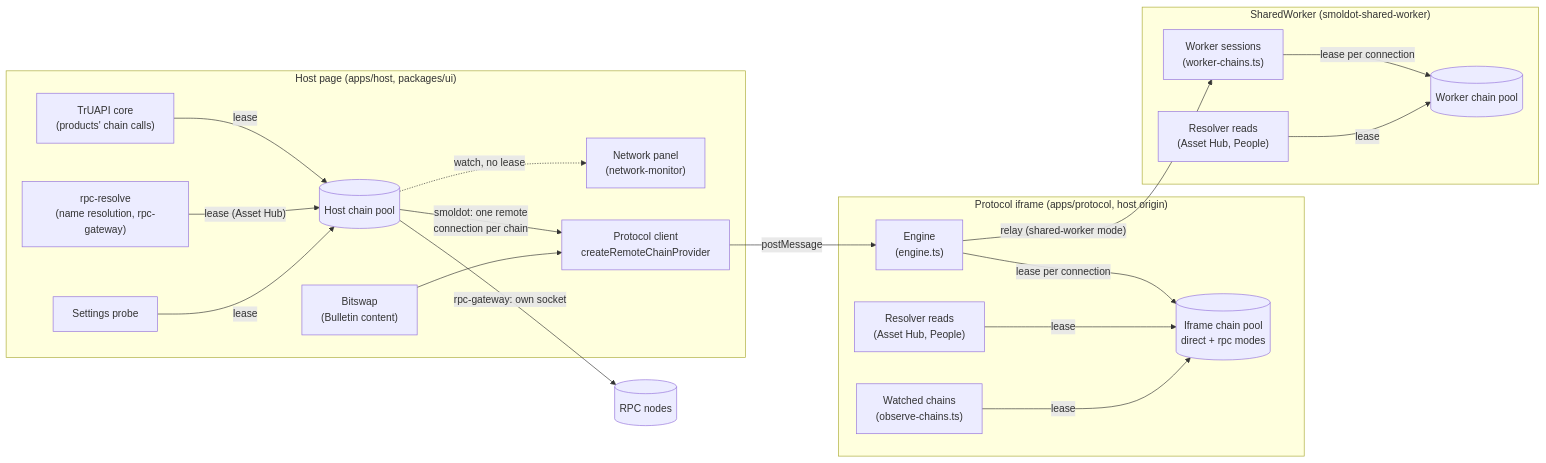
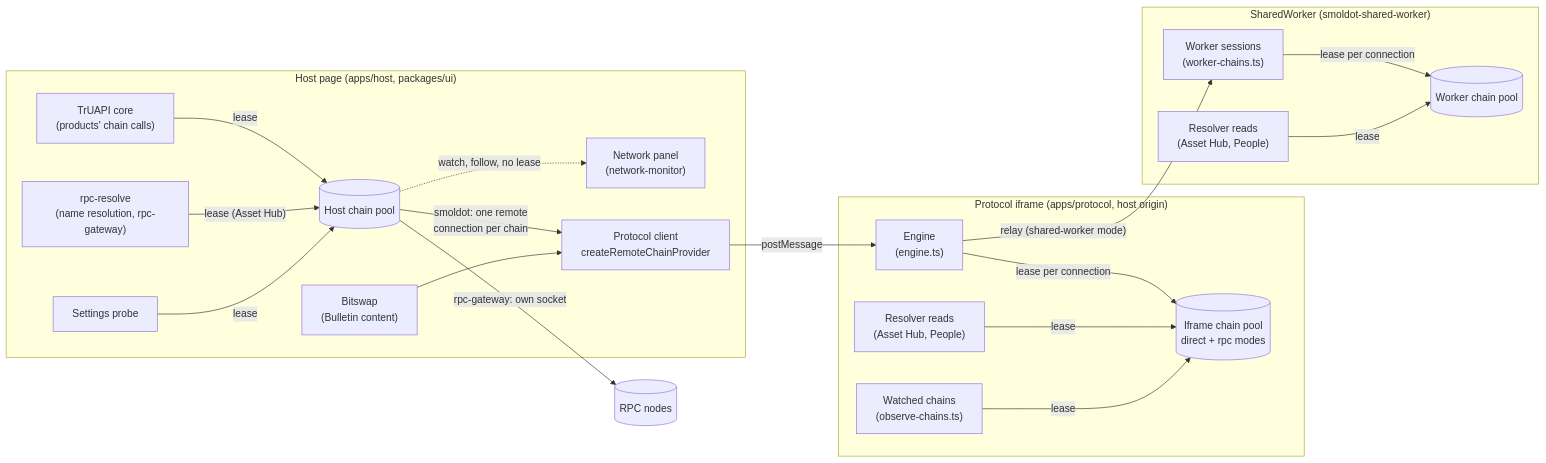
Before and after one commit to paritytech/dotli-community: the first of 7 diagrams in docs/chain-connections.md, drawn with Mermaid. The commit also changed other lines of this file and 5 other files, not shown here.

Commit message:
feat(protocol): the network panel follows a held chain until its last lease, and leases are logged by holder

````diff
--- a/docs/chain-connections.md
+++ b/docs/chain-connections.md
@@ -36,42 +36,42 @@
 ```mermaid
 flowchart LR
   subgraph Host["Host page (apps/host, packages/ui)"]
     Core["TrUAPI core<br/>(products' chain calls)"]
     RpcResolve["rpc-resolve<br/>(name resolution, rpc-gateway)"]
     Panel["Network panel<br/>(network-monitor)"]
     Probe["Settings probe"]
     Bitswap["Bitswap<br/>(Bulletin content)"]
     Client["Protocol client<br/>createRemoteChainProvider"]
     HostPool[("Host chain pool")]
   end
 
   subgraph Iframe["Protocol iframe (apps/protocol, host origin)"]
     Engine["Engine<br/>(engine.ts)"]
     IframePool[("Iframe chain pool<br/>direct + rpc modes")]
     Resolver["Resolver reads<br/>(Asset Hub, People)"]
     Observe["Watched chains<br/>(observe-chains.ts)"]
   end
 
   subgraph Worker["SharedWorker (smoldot-shared-worker)"]
     Sessions["Worker sessions<br/>(worker-chains.ts)"]
     WorkerPool[("Worker chain pool")]
     WResolver["Resolver reads<br/>(Asset Hub, People)"]
   end
 
   Nodes[("RPC nodes")]
 
   Core -- lease --> HostPool
   RpcResolve -- "lease (Asset Hub)" --> HostPool
-  HostPool -.->|"watch, no lease"| Panel
+  HostPool -.->|"watch, follow, no lease"| Panel
   Probe -- lease --> HostPool
   HostPool -- "rpc-gateway: own socket" --> Nodes
   HostPool -- "smoldot: one remote<br/>connection per chain" --> Client
   Bitswap --> Client
   Client -- postMessage --> Engine
   Engine -- "lease per connection" --> IframePool
   Resolver -- lease --> IframePool
   Observe -- lease --> IframePool
   Engine -- "relay (shared-worker mode)" --> Sessions
   Sessions -- "lease per connection" --> WorkerPool
   WResolver -- lease --> WorkerPool
 ```
````
